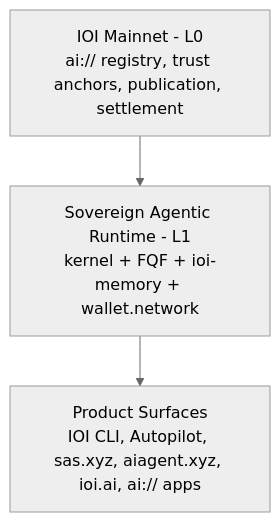
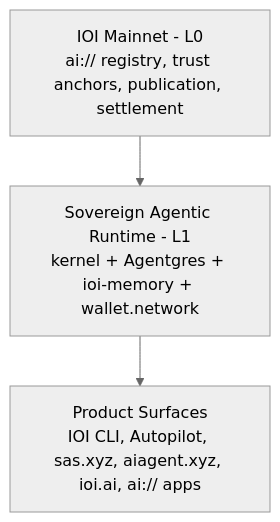
The first of 2 diagrams in README.md (ioi-foundation/ioi), drawn with Mermaid (neutral theme) before and after one commit. The commit also changed other lines of this file and 80 other files, not shown here.

````diff
--- a/README.md
+++ b/README.md
@@ -82,9 +82,9 @@
 ```mermaid
 graph TD
     L0[IOI Mainnet - L0<br/>ai:// registry, trust anchors, publication, settlement]
-    L1[Sovereign Agentic Runtime - L1<br/>kernel + FQF + ioi-memory + wallet.network]
+    L1[Sovereign Agentic Runtime - L1<br/>kernel + Agentgres + ioi-memory + wallet.network]
     UI[Product Surfaces<br/>IOI CLI, Autopilot, sas.xyz, aiagent.xyz, ioi.ai, ai:// apps]
 
     L0 --> L1
     L1 --> UI
 ```
````
